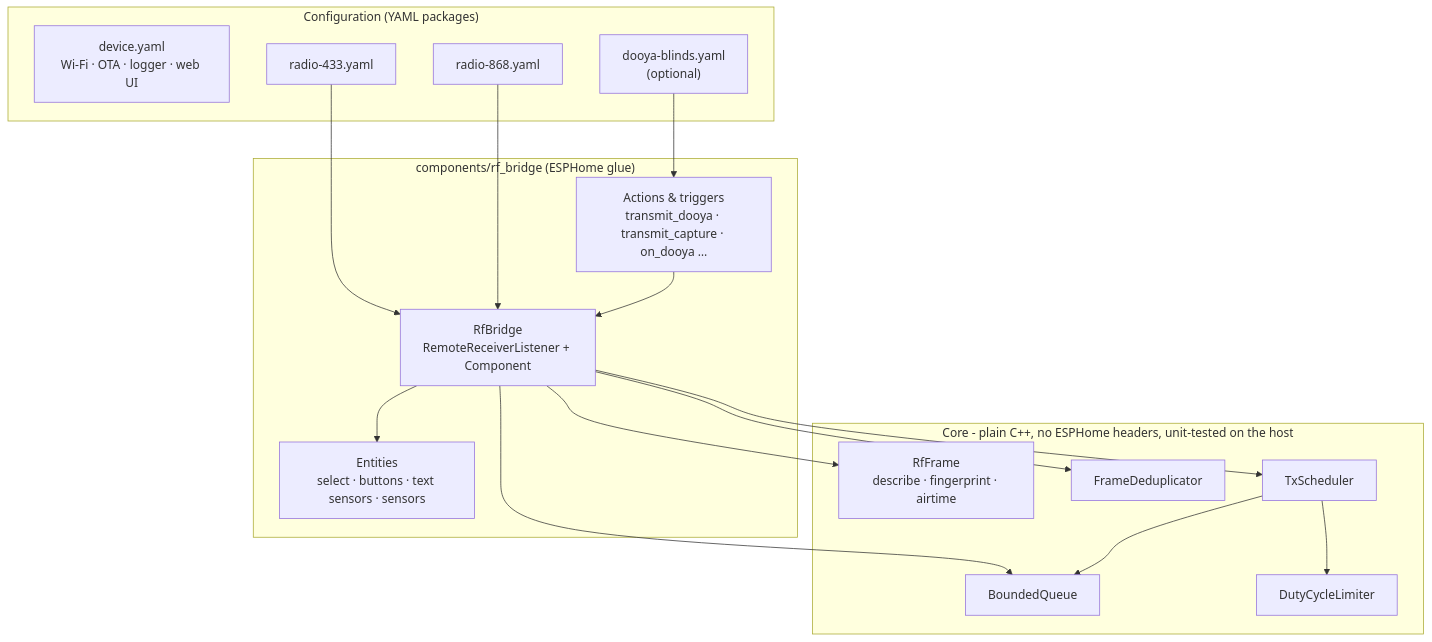
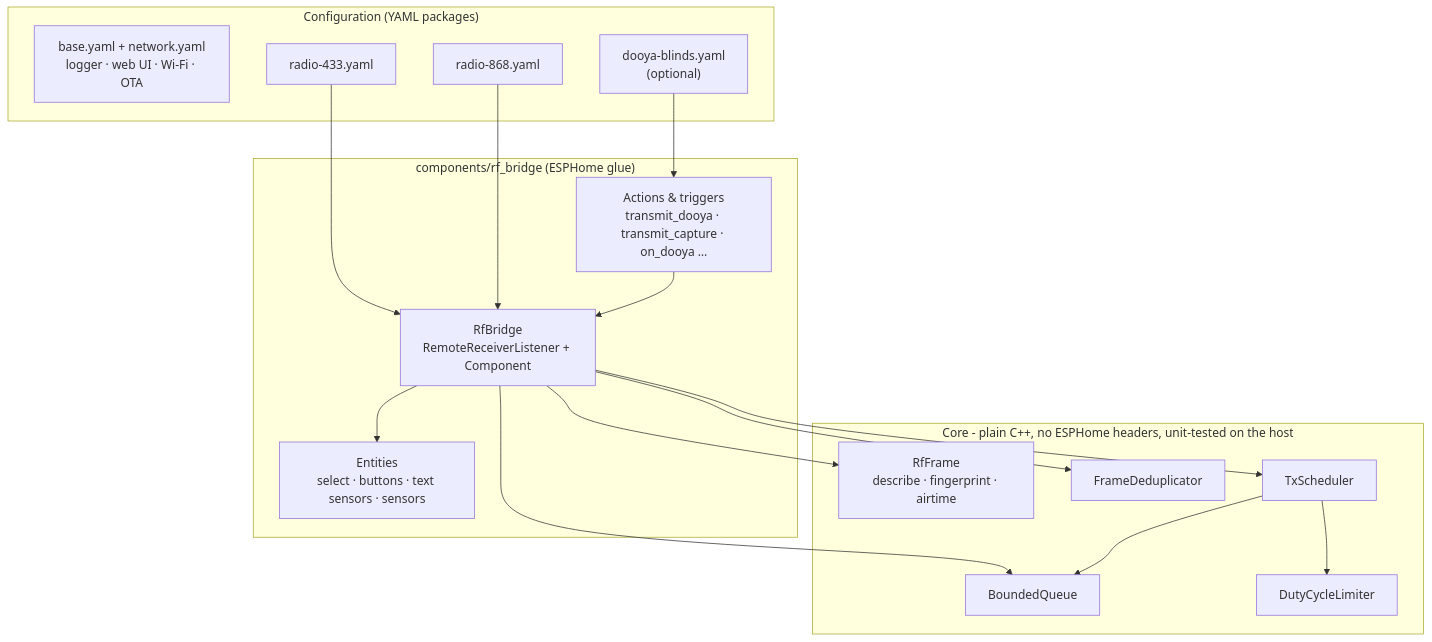
One commit to lukasz-malicki-wrx/esp32-rf-sniffer changed the first of 4 diagrams in docs/architecture.md. Above: the diagram before and after it, drawn with Mermaid. The commit also changed 20 other files, not shown here.

````diff
--- a/docs/architecture.md
+++ b/docs/architecture.md
@@ -5,31 +5,31 @@
 ```mermaid
 flowchart TB
     subgraph YAML["Configuration (YAML packages)"]
-        DEV["device.yaml<br/>Wi-Fi · OTA · logger · web UI"]
+        DEV["base.yaml + network.yaml<br/>logger · web UI · Wi-Fi · OTA"]
         R433["radio-433.yaml"]
         R868["radio-868.yaml"]
         BLINDS["dooya-blinds.yaml<br/>(optional)"]
     end
 
     subgraph COMP["components/rf_bridge (ESPHome glue)"]
         BRIDGE["RfBridge<br/>RemoteReceiverListener + Component"]
         ENT["Entities<br/>select · buttons · text sensors · sensors"]
         ACT["Actions & triggers<br/>transmit_dooya · transmit_capture · on_dooya …"]
     end
 
     subgraph CORE["Core - plain C++, no ESPHome headers, unit-tested on the host"]
         FRAME["RfFrame<br/>describe · fingerprint · airtime"]
         DEDUP["FrameDeduplicator"]
         QUEUE["BoundedQueue"]
         SCHED["TxScheduler"]
         DUTY["DutyCycleLimiter"]
     end
 
     R433 & R868 --> BRIDGE
     BLINDS --> ACT
     BRIDGE --> ENT
     ACT --> BRIDGE
     BRIDGE --> FRAME & DEDUP & QUEUE & SCHED
     SCHED --> DUTY
     SCHED --> QUEUE
 ```
````
